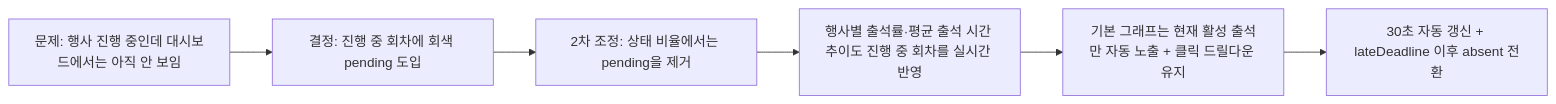
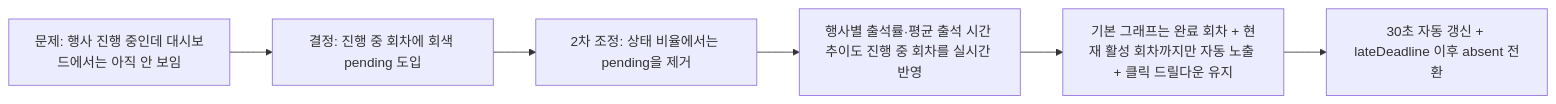
The diagram in docs/History/026_관리자_출석현황_실시간_pending표시_및_출석상태비율_회기준_운영기록_2026-03-31.md (cloud-club/CloudClubAttendanceSystem), drawn with Mermaid before and after one commit. The commit also changed other lines of this file and 6 other files, not shown here.

````diff
--- a/docs/History/026_관리자_출석현황_실시간_pending표시_및_출석상태비율_회기준_운영기록_2026-03-31.md
+++ b/docs/History/026_관리자_출석현황_실시간_pending표시_및_출석상태비율_회기준_운영기록_2026-03-31.md
@@ -6,8 +6,8 @@
 ```mermaid
 flowchart LR
   A["문제: 행사 진행 중인데 대시보드에서는 아직 안 보임"] --> B["결정: 진행 중 회차에 회색 pending 도입"]
   B --> C["2차 조정: 상태 비율에서는 pending을 제거"]
   C --> D["행사별 출석률·평균 출석 시간 추이도 진행 중 회차를 실시간 반영"]
-  D --> E["기본 그래프는 현재 활성 출석만 자동 노출 + 클릭 드릴다운 유지"]
+  D --> E["기본 그래프는 완료 회차 + 현재 활성 회차까지만 자동 노출 + 클릭 드릴다운 유지"]
   E --> F["30초 자동 갱신 + lateDeadline 이후 absent 전환"]
 ```
````
